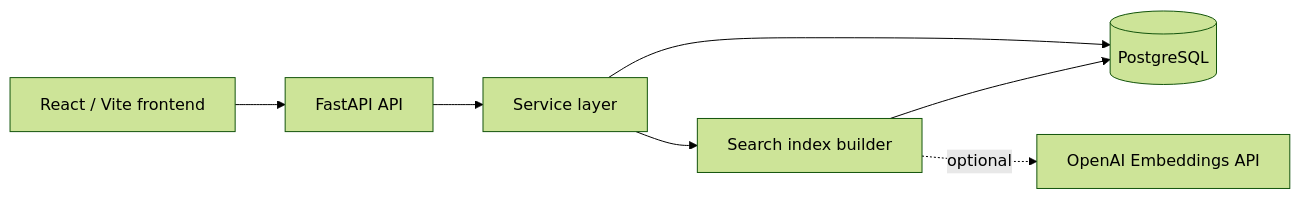
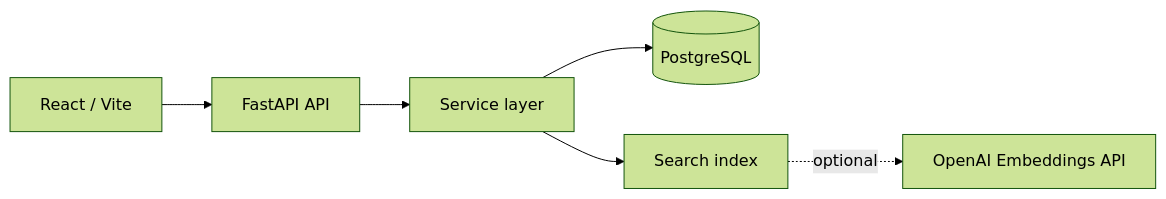
The diagram in README.md (sho-nagisa/4-me-not), drawn with Mermaid (forest theme) before and after one commit. The commit also changed other lines of this file and 5 other files, not shown here.

````diff
--- a/README.md
+++ b/README.md
@@ -34,9 +49,8 @@
 ```mermaid
 flowchart LR
-  UI["React / Vite frontend"] --> API["FastAPI API"]
+  UI["React / Vite"] --> API["FastAPI API"]
   API --> Service["Service layer"]
   Service --> DB[("PostgreSQL")]
-  Service --> Search["Search index builder"]
-  Search --> DB
+  Service --> Search["Search index"]
   Search -. optional .-> OpenAI["OpenAI Embeddings API"]
 ```
````
